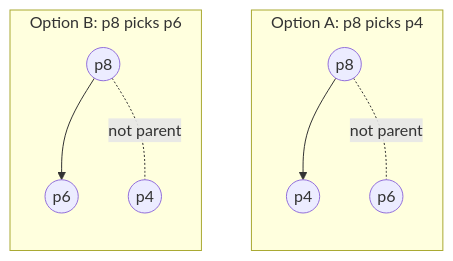
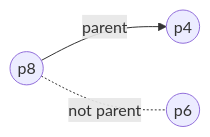
Before and after one commit to FahimMashroor/Chalmers_CSC: diagram 13 of 27 in EDA387-Computer-Networks/09-Spanning-Tree-Construction.md, drawn with Mermaid. The commit also changed other lines of this file, not shown here.

Commit message:
Rewrite 09 Spanning Tree Construction in simple language with examples and diagrams

````diff
--- a/EDA387-Computer-Networks/09-Spanning-Tree-Construction.md
+++ b/EDA387-Computer-Networks/09-Spanning-Tree-Construction.md
@@ -260,11 +416,5 @@
 ```mermaid
-flowchart BT
-    subgraph T1["Option A: p8 picks p4"]
-        a8(("p8")) --> a4(("p4"))
-        a8 -. "not parent" .- a6(("p6"))
-    end
-    subgraph T2["Option B: p8 picks p6"]
-        b8(("p8")) --> b6(("p6"))
-        b8 -. "not parent" .- b4(("p4"))
-    end
+flowchart LR
+  a8(("p8")) -- "parent" --> a4(("p4"))
+  a8 -. "not parent" .- a6(("p6"))
 ```
````
